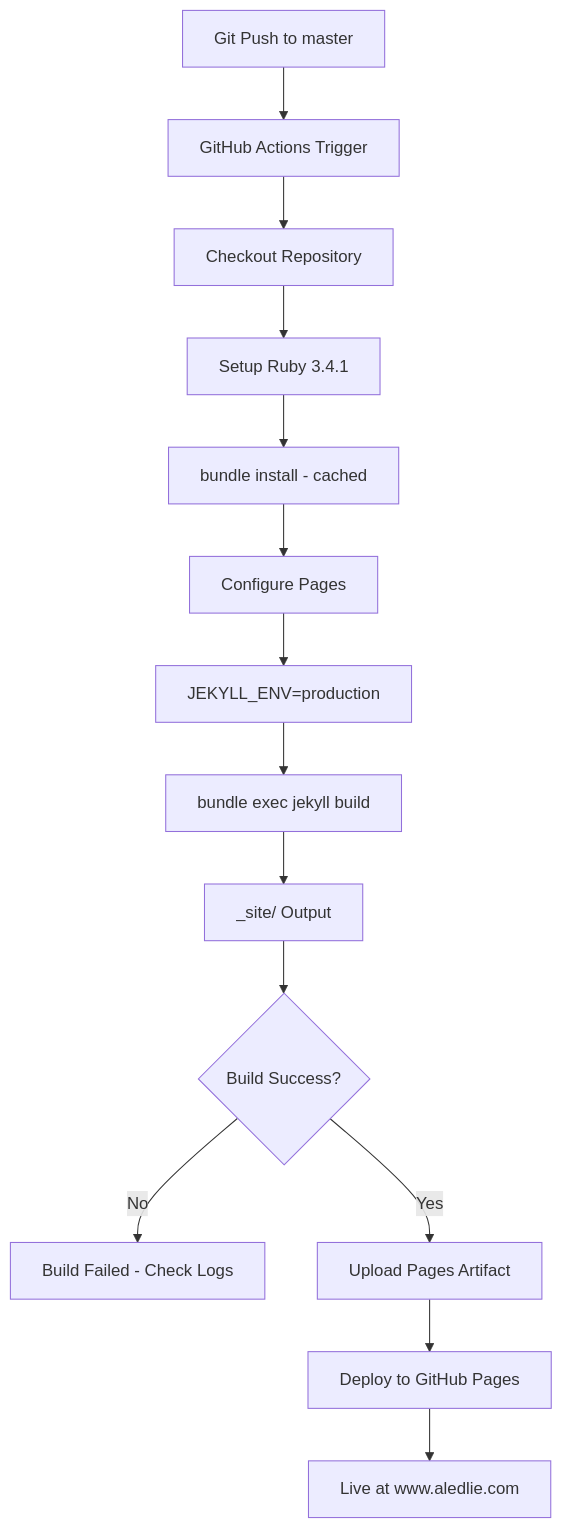
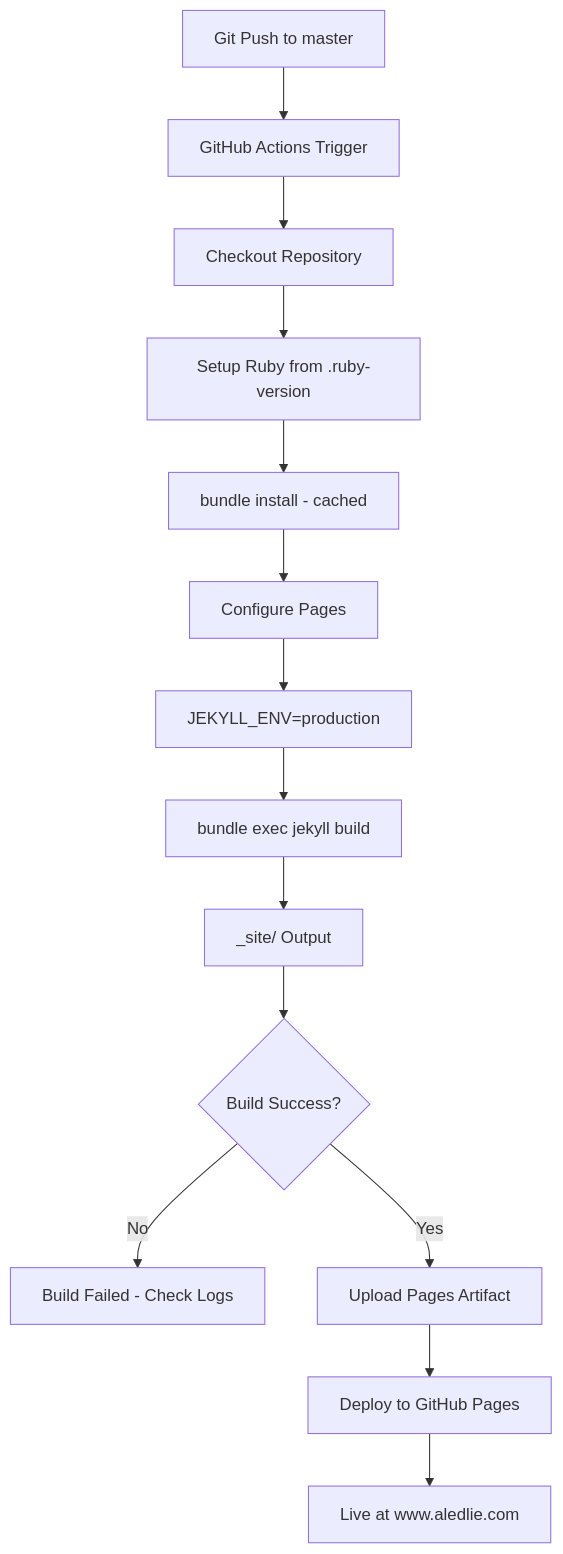
The tenth of 11 diagrams in docs/ARCHITECTURE-DATA-FLOWS.md (aledlie/aledlie.github.io), drawn with Mermaid before and after one commit. The commit also changed other lines of this file and 2 other files, not shown here.

First line of the commit message:
docs: update stale Ruby version references

````diff
--- a/docs/ARCHITECTURE-DATA-FLOWS.md
+++ b/docs/ARCHITECTURE-DATA-FLOWS.md
@@ -1200,16 +1200,16 @@
 ```mermaid
 graph TD
     A[Git Push to master] --> B[GitHub Actions Trigger]
     B --> C[Checkout Repository]
-    C --> D[Setup Ruby 3.4.1]
+    C --> D[Setup Ruby from .ruby-version]
     D --> E[bundle install - cached]
     E --> F[Configure Pages]
     F --> G[JEKYLL_ENV=production]
     G --> H[bundle exec jekyll build]
     H --> I[_site/ Output]
     I --> J{Build Success?}
     J -->|No| K[Build Failed - Check Logs]
     J -->|Yes| L[Upload Pages Artifact]
     L --> M[Deploy to GitHub Pages]
     M --> N[Live at www.aledlie.com]
 ```
````
